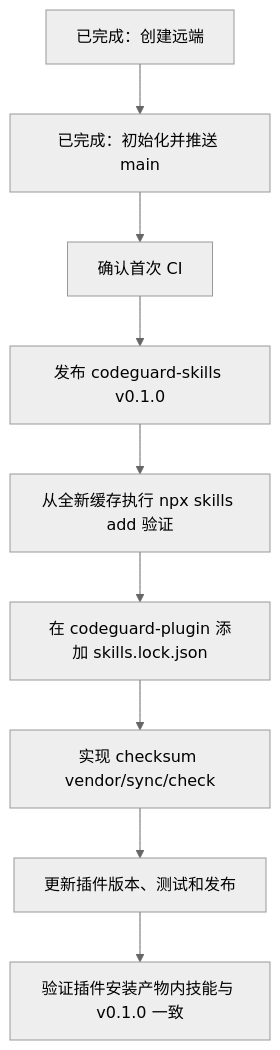
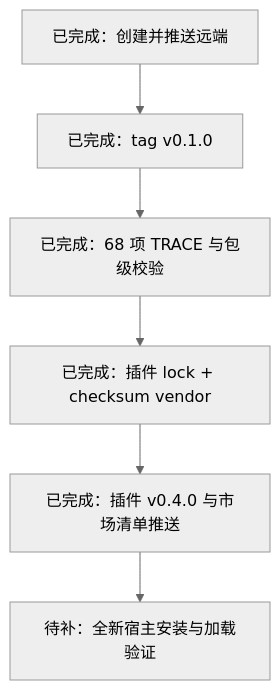
The diagram in MIGRATION.md (full-stack-skills/codeguard-skills), drawn with Mermaid (neutral theme) before and after one commit. The commit also changed other lines of this file and 2 other files, not shown here.

Commit message:
docs: 记录插件 vendor 迁移完成

````diff
--- a/MIGRATION.md
+++ b/MIGRATION.md
@@ -21,11 +26,8 @@
 ```mermaid
 flowchart TD
-    A[已完成：创建远端] --> B[已完成：初始化并推送 main]
-    B --> C[确认首次 CI]
-    C --> D[发布 codeguard-skills v0.1.0]
-    D --> E[从全新缓存执行 npx skills add 验证]
-    E --> F[在 codeguard-plugin 添加 skills.lock.json]
-    F --> G[实现 checksum vendor/sync/check]
-    G --> H[更新插件版本、测试和发布]
-    H --> I[验证插件安装产物内技能与 v0.1.0 一致]
+    A[已完成：创建并推送远端] --> B[已完成：tag v0.1.0]
+    B --> C[已完成：68 项 TRACE 与包级校验]
+    C --> D[已完成：插件 lock + checksum vendor]
+    D --> E[已完成：插件 v0.4.0 与市场清单推送]
+    E --> F[待补：全新宿主安装与加载验证]
 ```
````
